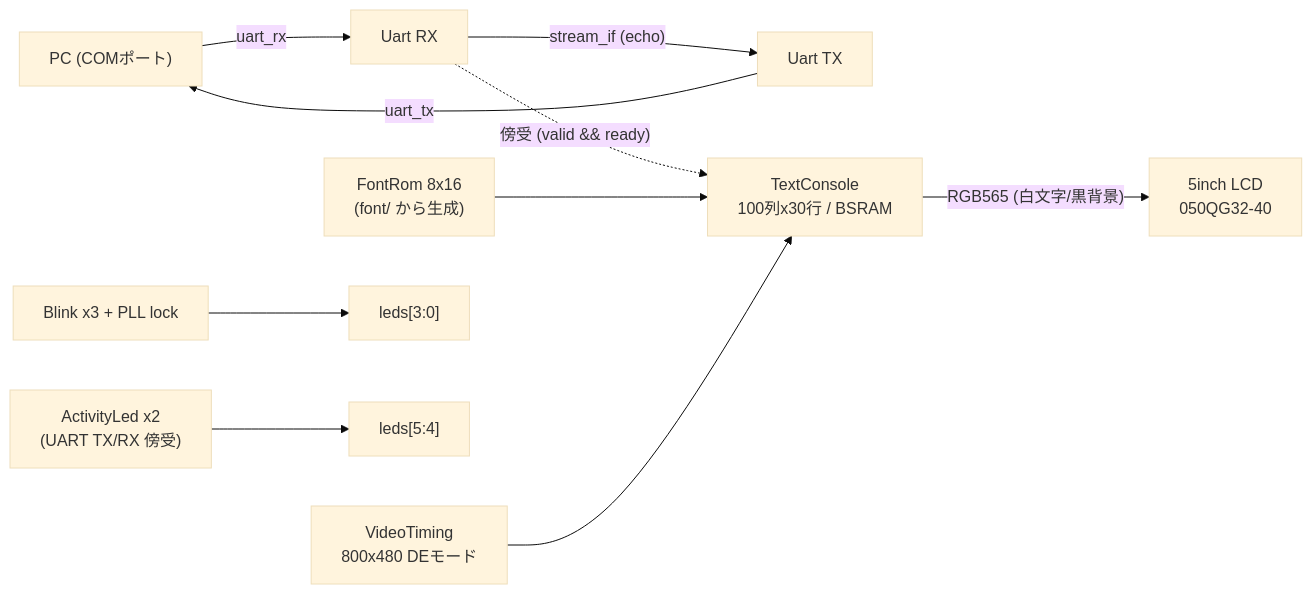
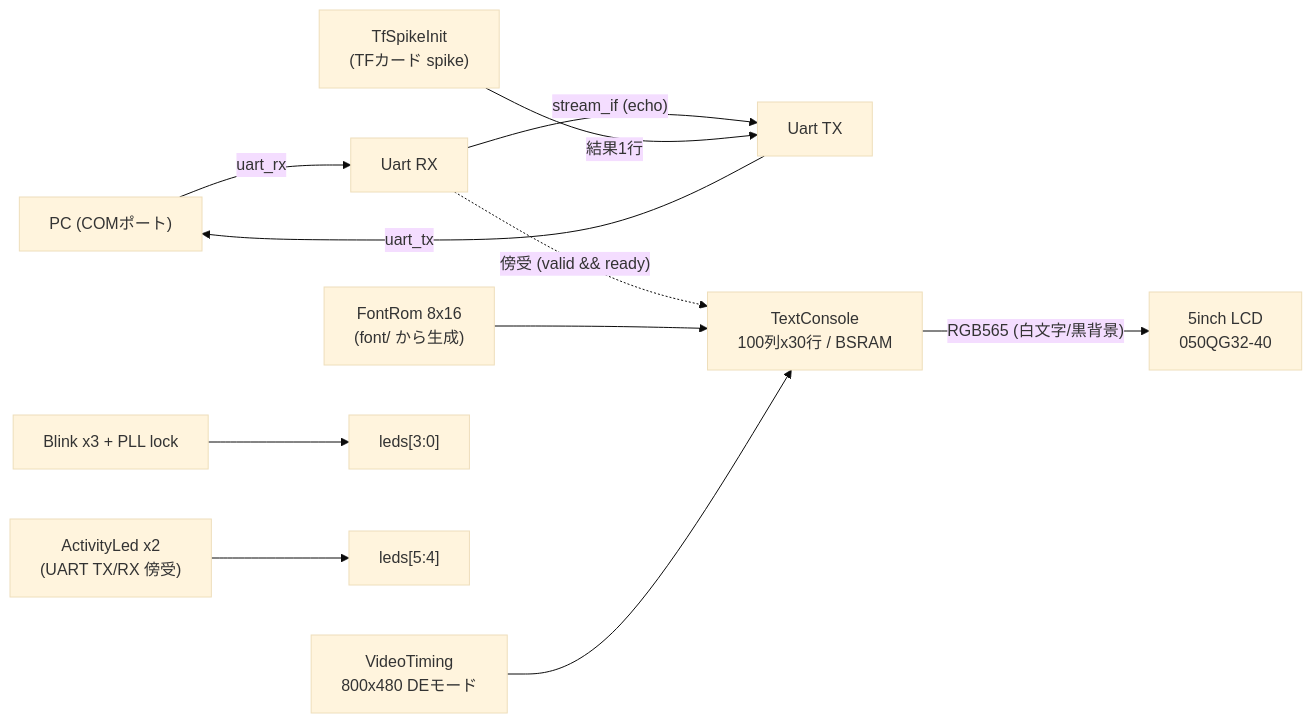
Before and after one commit to sabas0ba/hello_veryl: the diagram in docs/rtl.md, drawn with Mermaid (base theme). The commit also changed other lines of this file and 6 other files, not shown here.

First line of the commit message:
feat: add tfcard init spike

````diff
--- a/docs/rtl.md
+++ b/docs/rtl.md
@@ -17,12 +17,13 @@
 ```mermaid
 flowchart LR
     PC["PC (COMポート)"] -- uart_rx --> RX["Uart RX"]
     RX -- "stream_if (echo)" --> TX["Uart TX"]
     TX -- uart_tx --> PC
+    TFS["TfSpikeInit<br>(TFカード spike)"] -- "結果1行" --> TX
     RX -. "傍受 (valid && ready)" .-> CON["TextConsole<br>100列x30行 / BSRAM"]
     FONT["FontRom 8x16<br>(font/ から生成)"] --> CON
     VT["VideoTiming<br>800x480 DEモード"] --> CON
     CON -- "RGB565 (白文字/黒背景)" --> LCD["5inch LCD<br>050QG32-40"]
     BL["Blink x3 + PLL lock"] --> LEDS["leds[3:0]"]
     ACT["ActivityLed x2<br>(UART TX/RX 傍受)"] --> LEDS2["leds[5:4]"]
 ```
````
